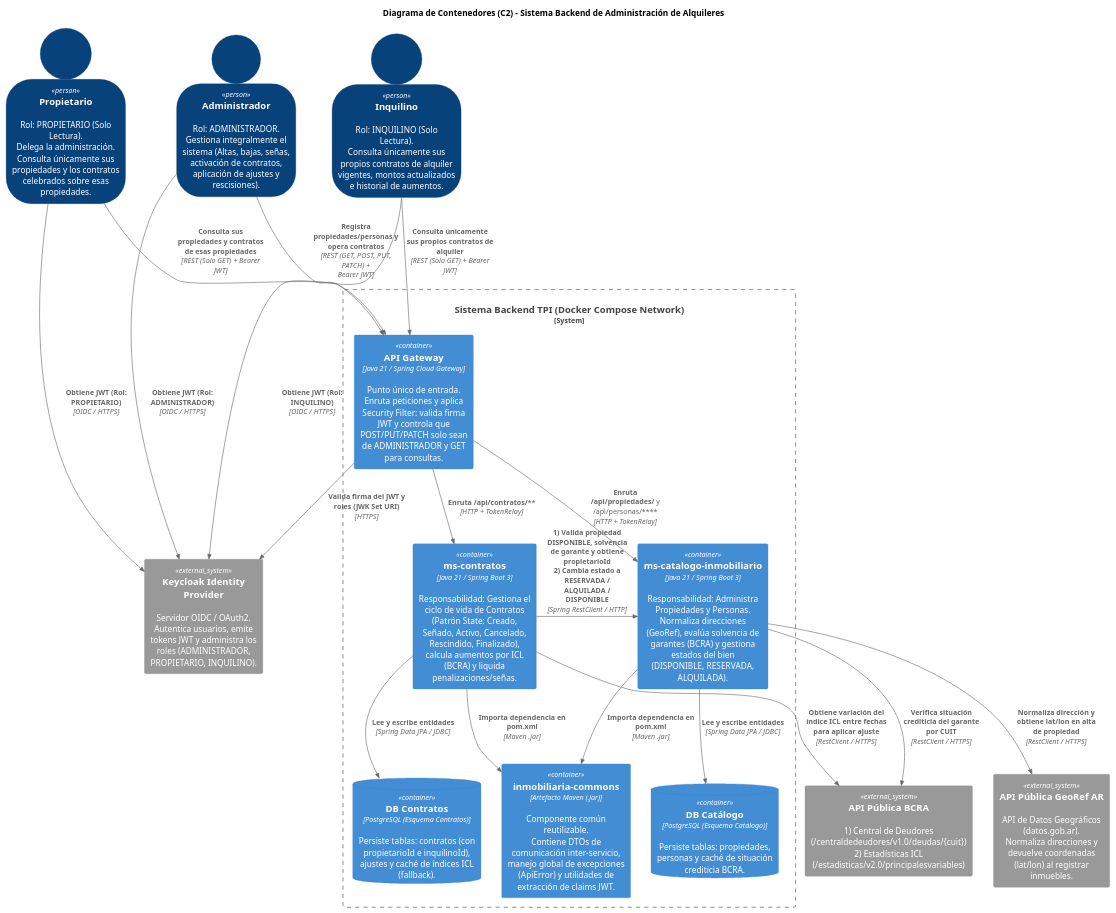
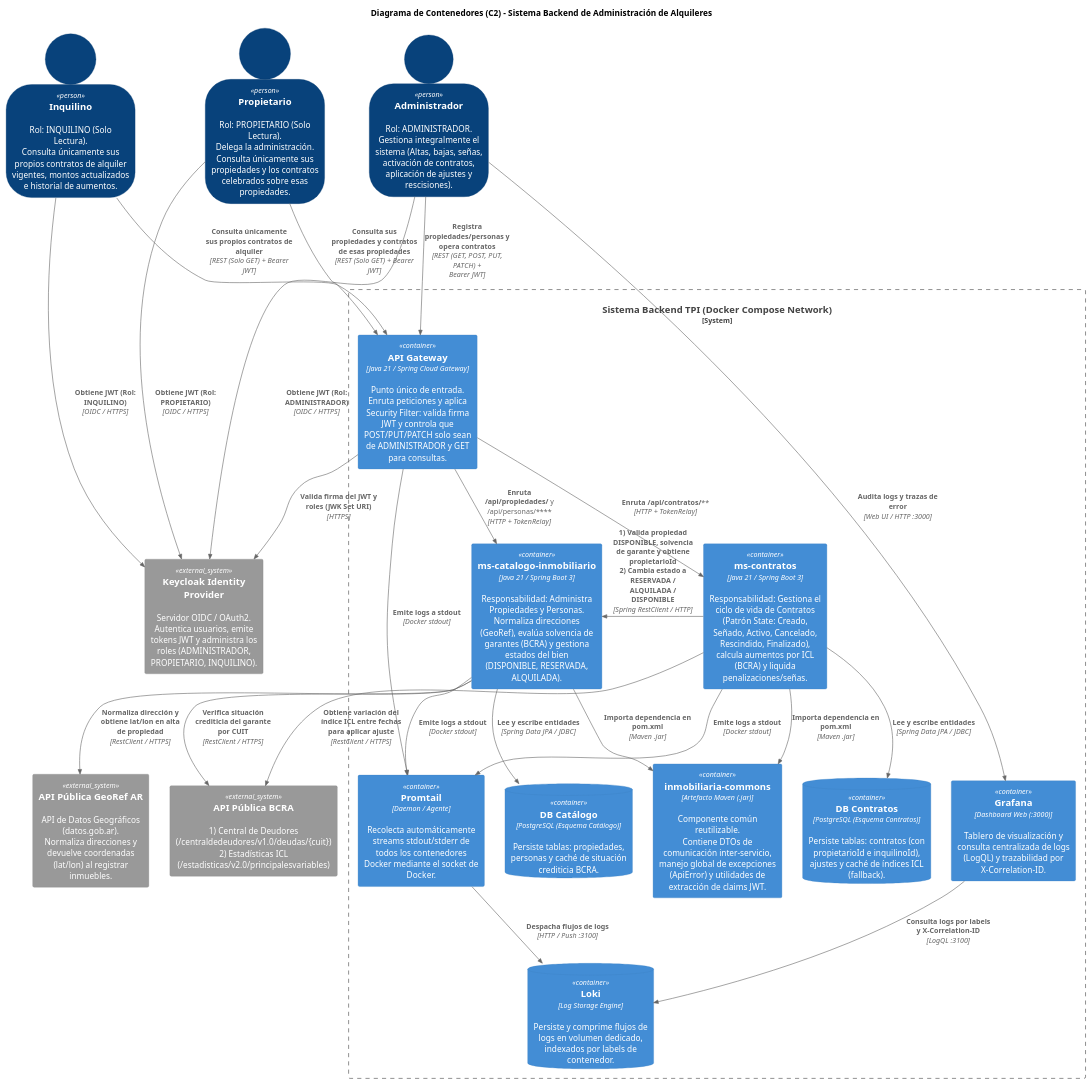
One commit to Luxuul01/tpi-back-RovedaSA changed the third of 4 diagrams in docs/Diagramas.md. Above: the diagram before and after it, drawn with PlantUML. The commit also changed 4 other files, not shown here.

Commit message:
feat(infra): agregar stack de observabilidad y centralizacion de logs (Loki, Promtail, Grafana)

````diff
--- a/docs/Diagramas.md
+++ b/docs/Diagramas.md
@@ -304,68 +304,81 @@
 ```plantuml
 @startuml
 !include https://raw.githubusercontent.com/plantuml-stdlib/C4-PlantUML/master/C4_Container.puml
 
 LAYOUT_TOP_DOWN()
 SHOW_PERSON_OUTLINE()
 
 title Diagrama de Contenedores (C2) - Sistema Backend de Administración de Alquileres
 
 ' Actores diferenciados por permisos (Escritura vs Solo Lectura)
 Person(admin, "Administrador", "Rol: ADMINISTRADOR.\nGestiona integralmente el sistema (Altas, bajas, señas, activación de contratos, aplicación de ajustes y rescisiones).")
 Person(propietario, "Propietario", "Rol: PROPIETARIO (Solo Lectura).\nDelega la administración. Consulta únicamente sus propiedades y los contratos celebrados sobre esas propiedades.")
 Person(inquilino, "Inquilino", "Rol: INQUILINO (Solo Lectura).\nConsulta únicamente sus propios contratos de alquiler vigentes, montos actualizados e historial de aumentos.")
 
 ' Sistemas Externos exigidos por la arquitectura
 System_Ext(keycloak, "Keycloak Identity Provider", "Servidor OIDC / OAuth2.\nAutentica usuarios, emite tokens JWT y administra los roles (ADMINISTRADOR, PROPIETARIO, INQUILINO).")
 System_Ext(api_bcra, "API Pública BCRA", "1) Central de Deudores (/centraldedeudores/v1.0/deudas/{cuit})\n2) Estadísticas ICL (/estadisticas/v2.0/principalesvariables)")
 System_Ext(api_georef, "API Pública GeoRef AR", "API de Datos Geográficos (datos.gob.ar).\nNormaliza direcciones y devuelve coordenadas (lat/lon) al registrar inmuebles.")
 
 ' Límite del Sistema Backend (Red Docker Compose)
 System_Boundary(sistema_backend, "Sistema Backend TPI (Docker Compose Network)") {
 
     Container(api_gateway, "API Gateway", "Java 21 / Spring Cloud Gateway", "Punto único de entrada.\nEnruta peticiones y aplica Security Filter: valida firma JWT y controla que POST/PUT/PATCH solo sean de ADMINISTRADOR y GET para consultas.")
 
     Container(ms_catalogo, "ms-catalogo-inmobiliario", "Java 21 / Spring Boot 3", "Responsabilidad: Administra Propiedades y Personas.\nNormaliza direcciones (GeoRef), evalúa solvencia de garantes (BCRA) y gestiona estados del bien (DISPONIBLE, RESERVADA, ALQUILADA).")
 
     Container(ms_contratos, "ms-contratos", "Java 21 / Spring Boot 3", "Responsabilidad: Gestiona el ciclo de vida de Contratos (Patrón State: Creado, Señado, Activo, Cancelado, Rescindido, Finalizado), calcula aumentos por ICL (BCRA) y liquida penalizaciones/señas.")
 
     Container(commons_jar, "inmobiliaria-commons", "Artefacto Maven (.jar)", "Componente común reutilizable.\nContiene DTOs de comunicación inter-servicio, manejo global de excepciones (ApiError) y utilidades de extracción de claims JWT.")
 
     ContainerDb(db_catalogo, "DB Catálogo", "PostgreSQL (Esquema Catálogo)", "Persiste tablas: propiedades, personas y caché de situación crediticia BCRA.")
 
     ContainerDb(db_contratos, "DB Contratos", "PostgreSQL (Esquema Contratos)", "Persiste tablas: contratos (con propietarioId e inquilinoId), ajustes y caché de índices ICL (fallback).")
+
+    ' Subsistema de Observabilidad y Centralización de Logs (Stack PLG)
+    Container(promtail, "Promtail", "Daemon / Agente", "Recolecta automáticamente streams stdout/stderr de todos los contenedores Docker mediante el socket de Docker.")
+    ContainerDb(loki, "Loki", "Log Storage Engine", "Persiste y comprime flujos de logs en volumen dedicado, indexados por labels de contenedor.")
+    Container(grafana, "Grafana", "Dashboard Web (:3000)", "Tablero de visualización y consulta centralizada de logs (LogQL) y trazabilidad por X-Correlation-ID.")
 }
 
 ' 1. Flujo de Autenticación de los Actores con Keycloak
 Rel(admin, keycloak, "Obtiene JWT (Rol: ADMINISTRADOR)", "OIDC / HTTPS")
 Rel(propietario, keycloak, "Obtiene JWT (Rol: PROPIETARIO)", "OIDC / HTTPS")
 Rel(inquilino, keycloak, "Obtiene JWT (Rol: INQUILINO)", "OIDC / HTTPS")
 
 ' 2. Interacción de los Actores hacia el API Gateway
 Rel(admin, api_gateway, "Registra propiedades/personas y opera contratos", "REST (GET, POST, PUT, PATCH) + Bearer JWT")
 Rel(propietario, api_gateway, "Consulta sus propiedades y contratos de esas propiedades", "REST (Solo GET) + Bearer JWT")
 Rel(inquilino, api_gateway, "Consulta únicamente sus propios contratos de alquiler", "REST (Solo GET) + Bearer JWT")
 
 ' 3. Validación del Gateway con Keycloak y Enrutamiento interno
 Rel(api_gateway, keycloak, "Valida firma del JWT y roles (JWK Set URI)", "HTTPS")
 Rel(api_gateway, ms_catalogo, "Enruta /api/propiedades/** y /api/personas/**", "HTTP + TokenRelay")
 Rel(api_gateway, ms_contratos, "Enruta /api/contratos/**", "HTTP + TokenRelay")
 
 ' 4. Colaboración funcional entre Microservicios
 Rel_R(ms_contratos, ms_catalogo, "1) Valida propiedad DISPONIBLE, solvencia de garante y obtiene propietarioId\n2) Cambia estado a RESERVADA / ALQUILADA / DISPONIBLE", "Spring RestClient / HTTP")
 
 ' 5. Uso del Componente Común (.jar)
 Rel_D(ms_catalogo, commons_jar, "Importa dependencia en pom.xml", "Maven .jar")
 Rel_D(ms_contratos, commons_jar, "Importa dependencia en pom.xml", "Maven .jar")
 
 ' 6. Persistencia en Bases de Datos
 Rel_D(ms_catalogo, db_catalogo, "Lee y escribe entidades", "Spring Data JPA / JDBC")
 Rel_D(ms_contratos, db_contratos, "Lee y escribe entidades", "Spring Data JPA / JDBC")
 
 ' 7. Consumo de APIs Públicas Externas
 Rel(ms_catalogo, api_georef, "Normaliza dirección y obtiene lat/lon en alta de propiedad", "RestClient / HTTPS")
 Rel(ms_catalogo, api_bcra, "Verifica situación crediticia del garante por CUIT", "RestClient / HTTPS")
 Rel(ms_contratos, api_bcra, "Obtiene variación del índice ICL entre fechas para aplicar ajuste", "RestClient / HTTPS")
 
+' 8. Flujo de Centralización de Logs y Observabilidad (Stack PLG)
+Rel_D(api_gateway, promtail, "Emite logs a stdout", "Docker stdout")
+Rel_D(ms_catalogo, promtail, "Emite logs a stdout", "Docker stdout")
+Rel_D(ms_contratos, promtail, "Emite logs a stdout", "Docker stdout")
+Rel(promtail, loki, "Despacha flujos de logs", "HTTP / Push :3100")
+Rel(grafana, loki, "Consulta logs por labels y X-Correlation-ID", "LogQL :3100")
+Rel(admin, grafana, "Audita logs y trazas de error", "Web UI / HTTP :3000")
+
 @enduml
 ```
````
